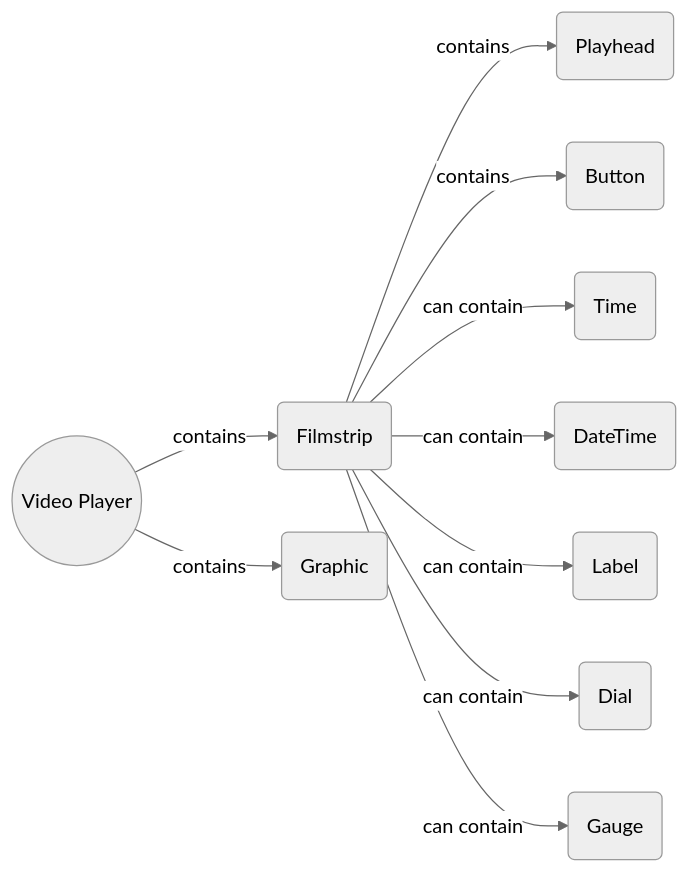
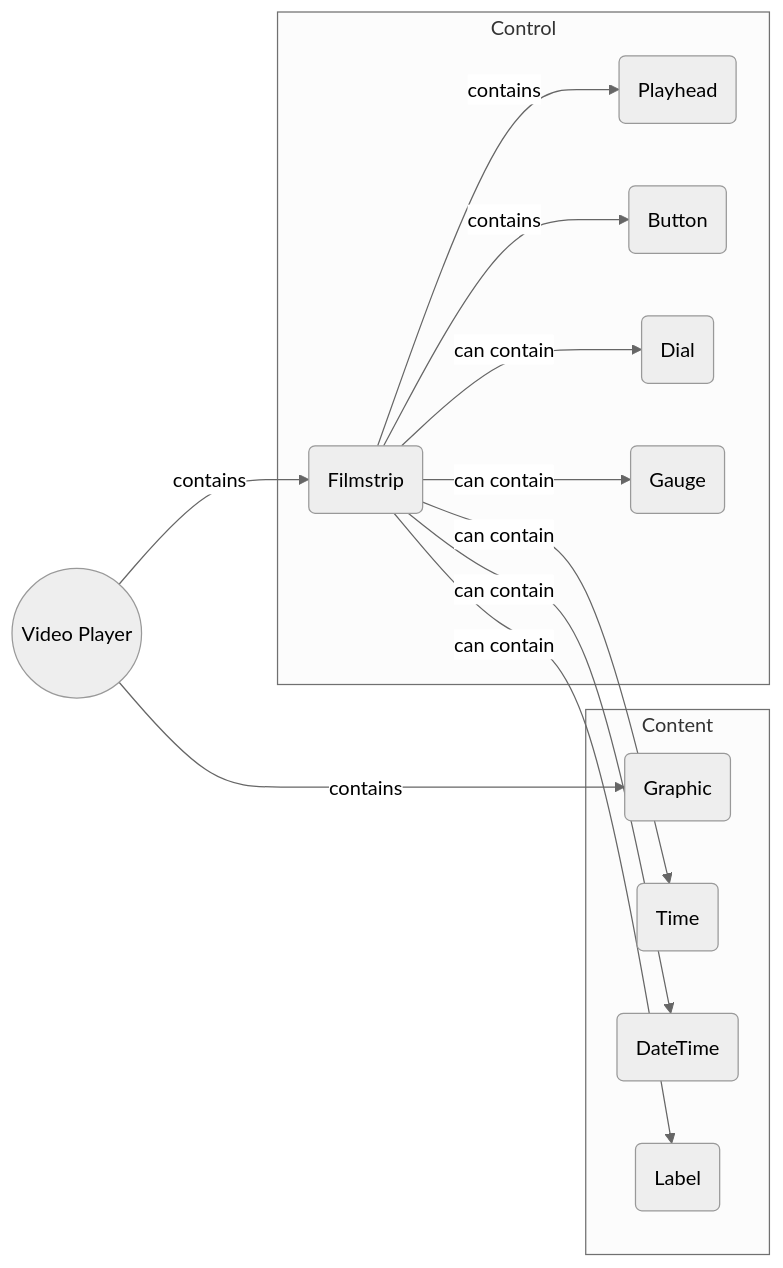
One commit to incremental-design/seamlss-design-system changed diagram 39 of 39 in Components.md. Above: the diagram before and after it, drawn with Mermaid (neutral theme). The commit also changed other lines of this file and 1 other file, not shown here.

````diff
--- a/Components.md
+++ b/Components.md
@@ -375,6 +620,19 @@
 ```mermaid
 flowchart LR
 	VP((Video Player)) -- contains --> FS(Filmstrip) & GR(Graphic)
 	FS -- contains --> PL(Playhead) & BT(Button)
 	FS -- can contain --> TI(Time) & DT(DateTime) & L(Label) & DI(Dial) & GA(Gauge)
+subgraph Control
+	FS
+	PL
+	BT
+	DI
+	GA
+end
+subgraph Content
+	GR
+	TI
+	DT
+	L
+end
 ```
````
